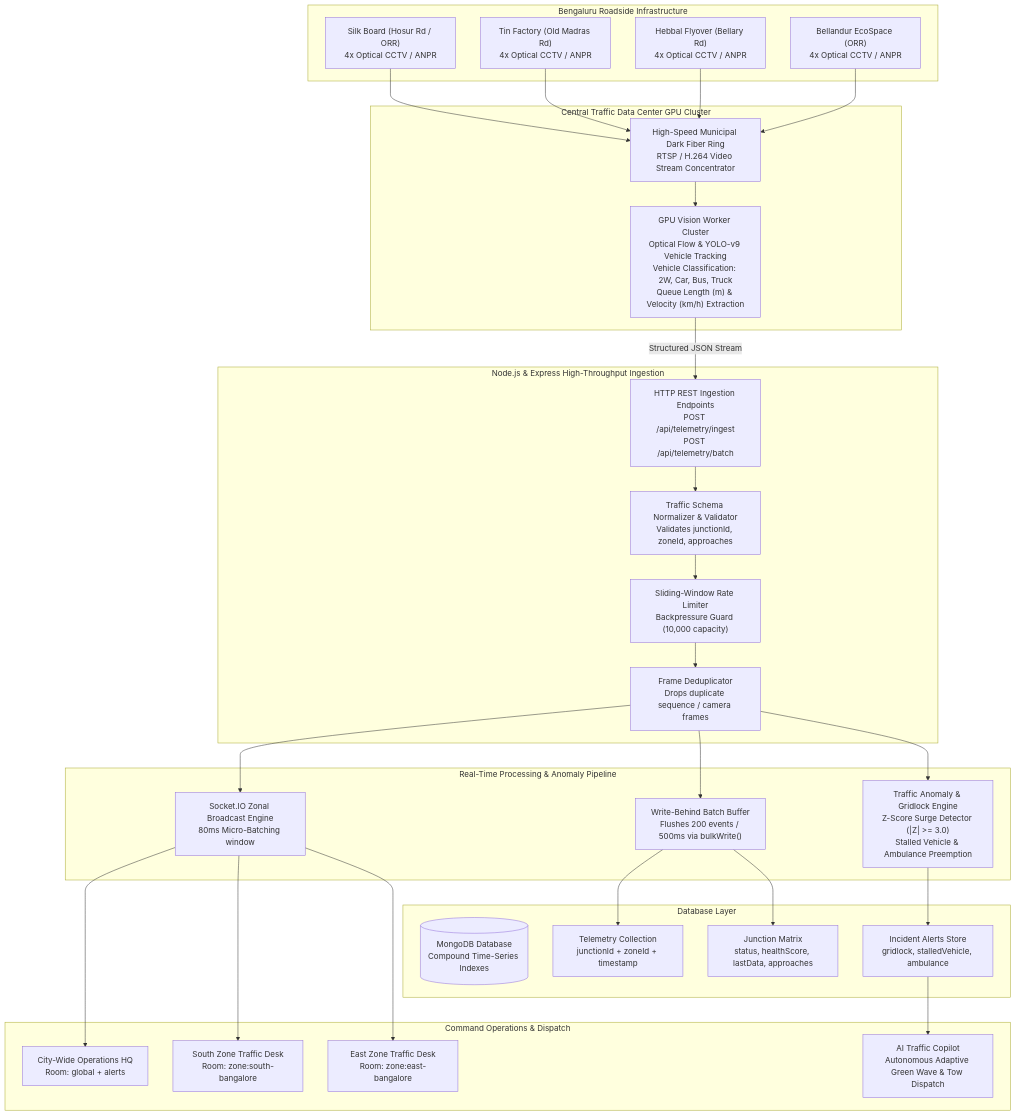
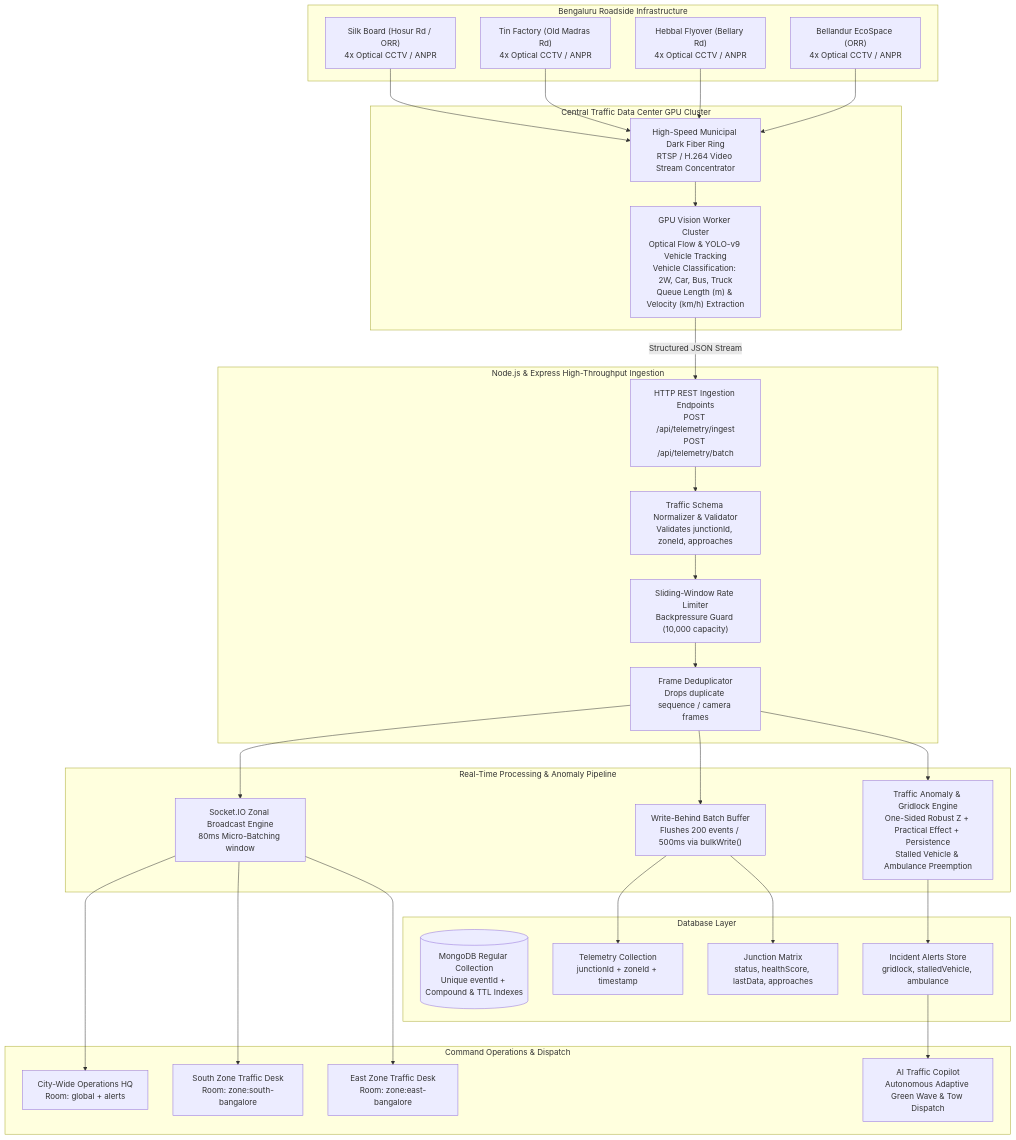
The diagram in ARCHITECTURE.md (PranavaSwarup/mernifty), drawn with Mermaid before and after one commit. The commit also changed 52 other files, not shown here.

````diff
--- a/ARCHITECTURE.md
+++ b/ARCHITECTURE.md
@@ -10,64 +10,64 @@
 ```mermaid
 graph TD
     subgraph Bengaluru Roadside Infrastructure
         CAM1["Silk Board (Hosur Rd / ORR)<br/>4x Optical CCTV / ANPR"]
         CAM2["Tin Factory (Old Madras Rd)<br/>4x Optical CCTV / ANPR"]
         CAM3["Hebbal Flyover (Bellary Rd)<br/>4x Optical CCTV / ANPR"]
         CAM4["Bellandur EcoSpace (ORR)<br/>4x Optical CCTV / ANPR"]
     end
 
     subgraph Central Traffic Data Center GPU Cluster
         RTSP["High-Speed Municipal Dark Fiber Ring<br/>RTSP / H.264 Video Stream Concentrator"]
         YOLO["GPU Vision Worker Cluster<br/>Optical Flow & YOLO-v9 Vehicle Tracking<br/>Vehicle Classification: 2W, Car, Bus, Truck<br/>Queue Length (m) & Velocity (km/h) Extraction"]
     end
 
     subgraph Node.js & Express High-Throughput Ingestion
         API["HTTP REST Ingestion Endpoints<br/>POST /api/telemetry/ingest<br/>POST /api/telemetry/batch"]
         VAL["Traffic Schema Normalizer & Validator<br/>Validates junctionId, zoneId, approaches"]
         RL["Sliding-Window Rate Limiter<br/>Backpressure Guard (10,000 capacity)"]
         DEDUP["Frame Deduplicator<br/>Drops duplicate sequence / camera frames"]
     end
 
     subgraph Real-Time Processing & Anomaly Pipeline
         BUFFER["Write-Behind Batch Buffer<br/>Flushes 200 events / 500ms via bulkWrite()"]
-        ANOMALY["Traffic Anomaly & Gridlock Engine<br/>Z-Score Surge Detector (|Z| >= 3.0)<br/>Stalled Vehicle & Ambulance Preemption"]
+        ANOMALY["Traffic Anomaly & Gridlock Engine<br/>One-Sided Robust Z + Practical Effect + Persistence<br/>Stalled Vehicle & Ambulance Preemption"]
         SOCKET_SRV["Socket.IO Zonal Broadcast Engine<br/>80ms Micro-Batching window"]
     end
 
     subgraph Database Layer
-        MONGO[("MongoDB Database<br/>Compound Time-Series Indexes")]
+        MONGO[("MongoDB Regular Collection<br/>Unique eventId + Compound & TTL Indexes")]
         COLL_TEL["Telemetry Collection<br/>junctionId + zoneId + timestamp"]
         COLL_DEV["Junction Matrix<br/>status, healthScore, lastData, approaches"]
         COLL_ALT["Incident Alerts Store<br/>gridlock, stalledVehicle, ambulance"]
     end
 
     subgraph Command Operations & Dispatch
         CLIENT1["City-Wide Operations HQ<br/>Room: global + alerts"]
         CLIENT2["South Zone Traffic Desk<br/>Room: zone:south-bangalore"]
         CLIENT3["East Zone Traffic Desk<br/>Room: zone:east-bangalore"]
         COPILOT["AI Traffic Copilot<br/>Autonomous Adaptive Green Wave & Tow Dispatch"]
     end
 
     CAM1 --> RTSP
     CAM2 --> RTSP
     CAM3 --> RTSP
     CAM4 --> RTSP
 
     RTSP --> YOLO
     YOLO -->|Structured JSON Stream| API
 
     API --> VAL --> RL --> DEDUP
 
     DEDUP --> BUFFER
     DEDUP --> ANOMALY
     DEDUP --> SOCKET_SRV
 
     BUFFER --> COLL_TEL
     BUFFER --> COLL_DEV
     ANOMALY --> COLL_ALT
 
     SOCKET_SRV --> CLIENT1
     SOCKET_SRV --> CLIENT2
     SOCKET_SRV --> CLIENT3
     COLL_ALT --> COPILOT
 ```
````
